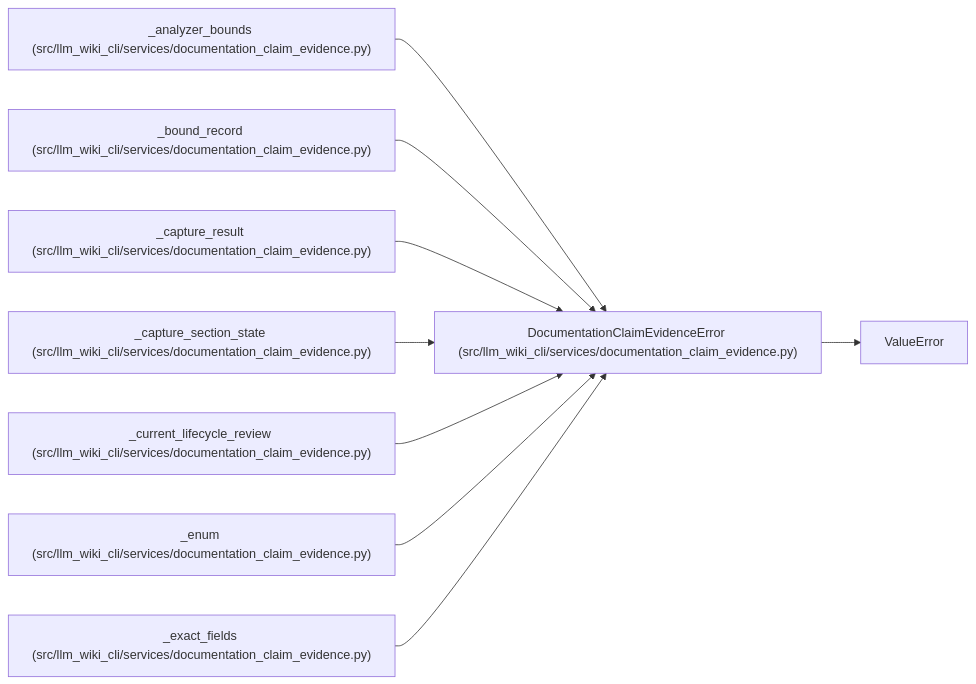
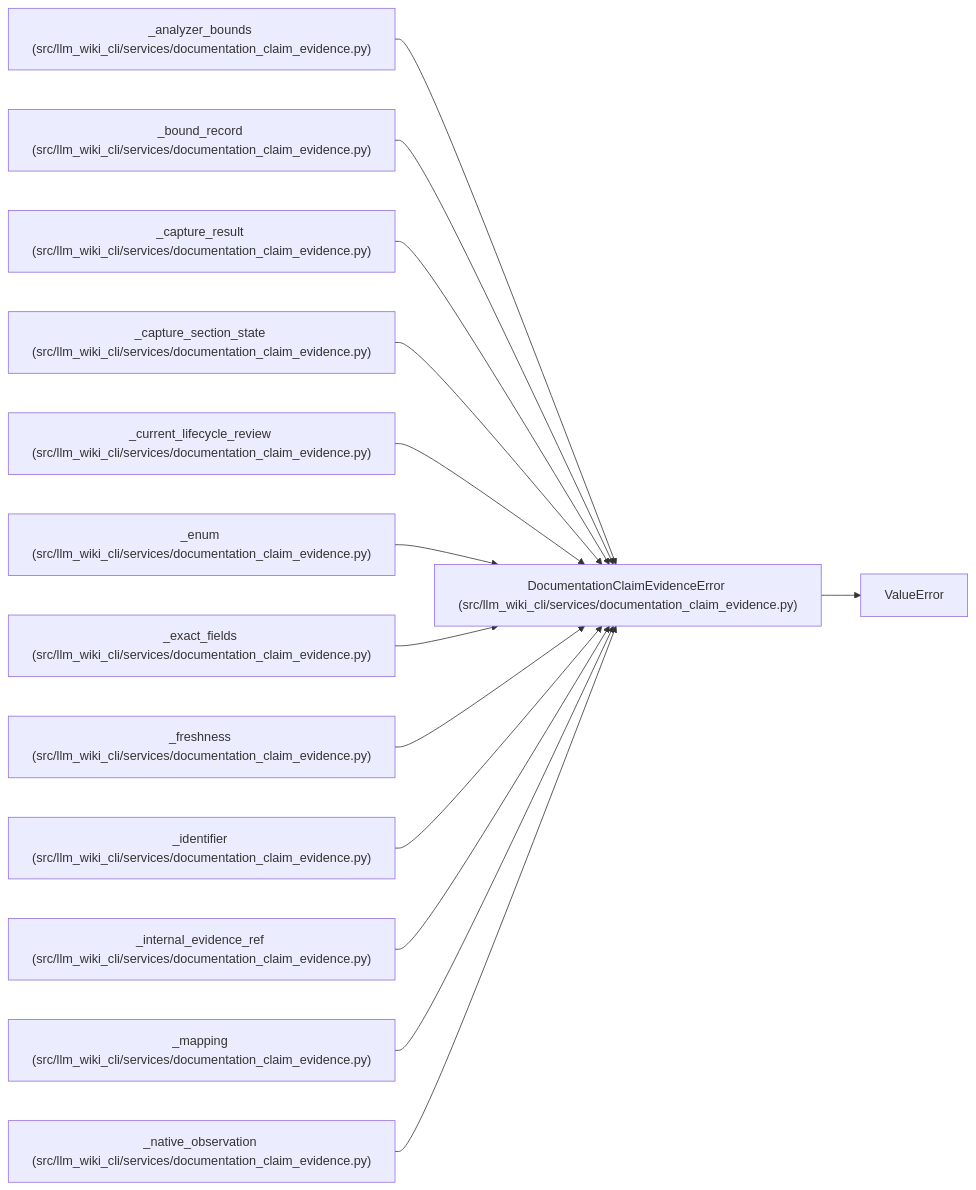
Before and after one commit to Denissvgn/python-wiki-llm: the diagram in docs/llm_wiki/entities/DocumentationClaimEvidenceError.md, drawn with Mermaid. The commit also changed other lines of this file and 493 other files, not shown here.

````diff
--- a/docs/llm_wiki/entities/DocumentationClaimEvidenceError.md
+++ b/docs/llm_wiki/entities/DocumentationClaimEvidenceError.md
@@ -23,28 +23,43 @@
 ```mermaid
 flowchart LR
     n0["DocumentationClaimEvidenceError (src/llm_wiki_cli/services/documentation_claim_evidence.py)"]
     n1["ValueError"]
     n2["_analyzer_bounds (src/llm_wiki_cli/services/documentation_claim_evidence.py)"]
     n3["_bound_record (src/llm_wiki_cli/services/documentation_claim_evidence.py)"]
     n4["_capture_result (src/llm_wiki_cli/services/documentation_claim_evidence.py)"]
     n5["_capture_section_state (src/llm_wiki_cli/services/documentation_claim_evidence.py)"]
     n6["_current_lifecycle_review (src/llm_wiki_cli/services/documentation_claim_evidence.py)"]
     n7["_enum (src/llm_wiki_cli/services/documentation_claim_evidence.py)"]
     n8["_exact_fields (src/llm_wiki_cli/services/documentation_claim_evidence.py)"]
+    n9["_freshness (src/llm_wiki_cli/services/documentation_claim_evidence.py)"]
+    n10["_identifier (src/llm_wiki_cli/services/documentation_claim_evidence.py)"]
+    n11["_internal_evidence_ref (src/llm_wiki_cli/services/documentation_claim_evidence.py)"]
+    n12["_mapping (src/llm_wiki_cli/services/documentation_claim_evidence.py)"]
+    n13["_native_observation (src/llm_wiki_cli/services/documentation_claim_evidence.py)"]
     n0 --> n1
     n2 --> n0
     n3 --> n0
     n4 --> n0
     n5 --> n0
     n6 --> n0
     n7 --> n0
     n8 --> n0
+    n9 --> n0
+    n10 --> n0
+    n11 --> n0
+    n12 --> n0
+    n13 --> n0
     click n0 "../modules/documentation_claim_evidence.md"
     click n2 "../modules/documentation_claim_evidence.md"
     click n3 "../modules/documentation_claim_evidence.md"
     click n4 "../modules/documentation_claim_evidence.md"
     click n5 "../modules/documentation_claim_evidence.md"
     click n6 "../modules/documentation_claim_evidence.md"
     click n7 "../modules/documentation_claim_evidence.md"
     click n8 "../modules/documentation_claim_evidence.md"
+    click n9 "../modules/documentation_claim_evidence.md"
+    click n10 "../modules/documentation_claim_evidence.md"
+    click n11 "../modules/documentation_claim_evidence.md"
+    click n12 "../modules/documentation_claim_evidence.md"
+    click n13 "../modules/documentation_claim_evidence.md"
 ```
````
